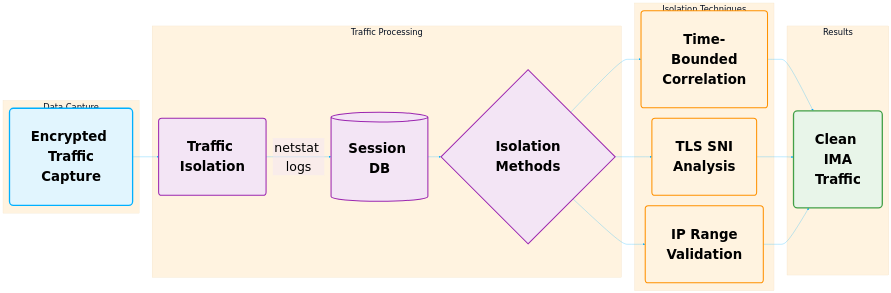
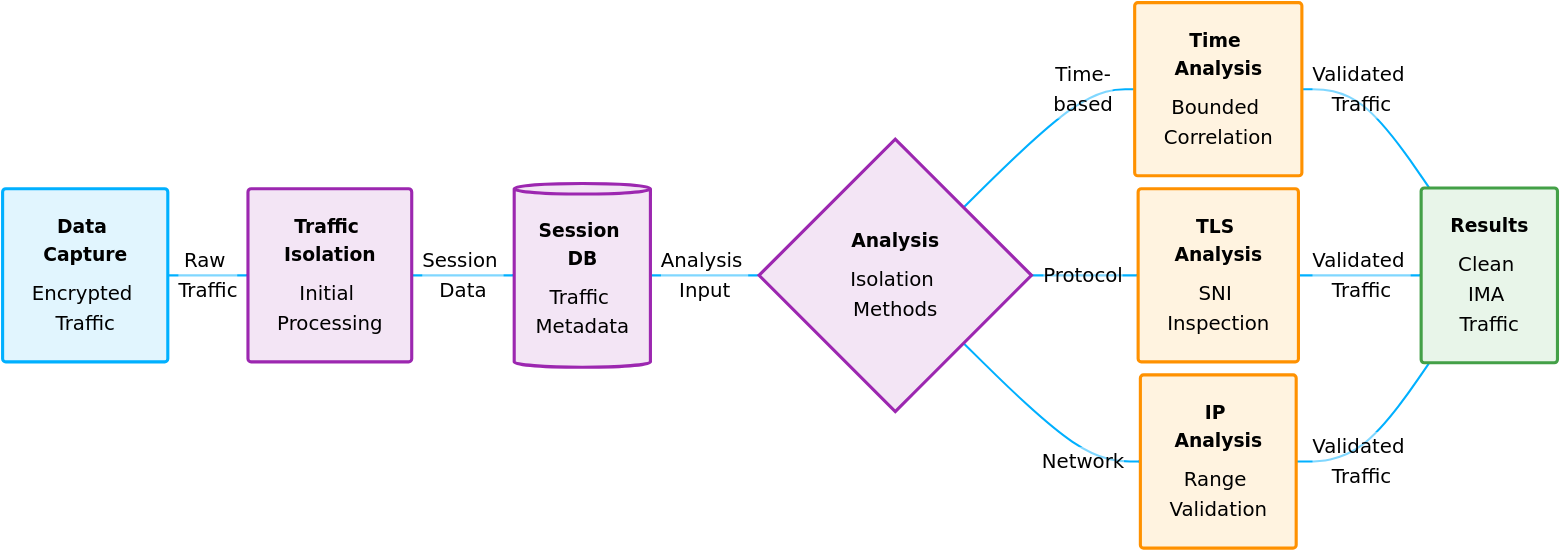
The second of 3 diagrams in presentations/nim-presentation.md (cenab/nim-presentation), drawn with Mermaid before and after one commit. The commit also changed other lines of this file, not shown here.

Commit message:
graph changes

````diff
--- a/presentations/nim-presentation.md
+++ b/presentations/nim-presentation.md
@@ -406,73 +406,69 @@
 ```mermaid
 %%{init: {
   'theme': 'base',
   'themeVariables': {
     'primaryColor': '#e1f5fe',
     'primaryTextColor': '#000',
     'primaryBorderColor': '#00b0ff',
     'lineColor': '#00b0ff',
     'secondaryColor': '#f3e5f5',
     'tertiaryColor': '#fff3e0',
-    'fontSize': '32px',
-    'messageFontSize': '32px',
+    'fontSize': '40px',
+    'messageFontSize': '40px',
     'messageFont': 'arial',
-    'nodeFontSize': '32px'
+    'nodeFontSize': '40px',
+    'edgeLabelBackground': '#ffffff',
+    'lineWidth': '20px'
   },
   'flowchart': {
-    'nodeSpacing': 40,
-    'rankSpacing': 50,
-    'padding': 10,
+    'nodeSpacing': 50,
+    'rankSpacing': 80,
+    'padding': 20,
     'width': 1600,
     'height': 500,
-    'diagramPadding': 0,
+    'diagramPadding': 10,
     'htmlLabels': true,
     'curve': 'basis'
   }
 }}%%
 graph LR
-    subgraph Capture["Data Capture"]
-        A["<div style='font-size: 1.6em; padding: 1.2em;'>Encrypted Traffic<br>Capture</div>"]
-    end
+    %% Data Capture Stage
+    A["<div style='padding: 1.8em; min-width: 250px;'><h3 style='margin:0; color: #0277bd; font-size: 1.8em;'>Data Capture</h3><div style='font-size: 1.9em; margin-top: 0.5em;'>Encrypted Traffic</div></div>"]
 
-    subgraph Processing["Traffic Processing"]
-        B["<div style='font-size: 1.6em; padding: 1.2em;'>Traffic Isolation</div>"]
-        DB[("<div style='font-size: 1.6em; padding: 1.2em;'>Session DB</div>")]
-        Methods{"<div style='font-size: 1.6em; padding: 1.2em;'>Isolation<br>Methods</div>"}
-    end
+    %% Processing Stage
+    B["<div style='padding: 1.8em; min-width: 250px;'><h3 style='margin:0; color: #7b1fa2; font-size: 1.8em;'>Traffic Isolation</h3><div style='font-size: 1.9em; margin-top: 0.5em;'>Initial Processing</div></div>"]
+    DB[("<div style='padding: 1.8em;'><h3 style='margin:0; color: #7b1fa2; font-size: 1.8em;'>Session DB</h3><div style='font-size: 1.9em; margin-top: 0.5em;'>Traffic Metadata</div></div>")]
+    Methods{"<div style='padding: 1.8em;'><h3 style='margin:0; color: #7b1fa2; font-size: 1.8em;'>Analysis</h3><div style='font-size: 1.9em; margin-top: 0.5em;'>Isolation Methods</div></div>"}
 
-    subgraph Techniques["Isolation Techniques"]
-        B1["<div style='font-size: 1.6em; padding: 1.2em;'>Time-Bounded<br>Correlation</div>"]
-        B2["<div style='font-size: 1.6em; padding: 1.2em;'>TLS SNI<br>Analysis</div>"]
-        B3["<div style='font-size: 1.6em; padding: 1.2em;'>IP Range<br>Validation</div>"]
-    end
+    %% Isolation Techniques
+    B1["<div style='padding: 1.8em;'><h3 style='margin:0; color: #ef6c00; font-size: 1.8em;'>Time Analysis</h3><div style='font-size: 1.9em; margin-top: 0.5em;'>Bounded Correlation</div></div>"]
+    B2["<div style='padding: 1.8em;'><h3 style='margin:0; color: #ef6c00; font-size: 1.8em;'>TLS Analysis</h3><div style='font-size: 1.9em; margin-top: 0.5em;'>SNI Inspection</div></div>"]
+    B3["<div style='padding: 1.8em;'><h3 style='margin:0; color: #ef6c00; font-size: 1.8em;'>IP Analysis</h3><div style='font-size: 1.9em; margin-top: 0.5em;'>Range Validation</div></div>"]
 
-    subgraph Output["Results"]
-        C["<div style='font-size: 1.6em; padding: 1.2em;'>Clean IMA<br>Traffic</div>"]
-    end
+    %% Output Stage
+    C["<div style='padding: 1.8em; min-width: 250px;'><h3 style='margin:0; color: #2e7d32; font-size: 1.8em;'>Results</h3><div style='font-size: 1.9em; margin-top: 0.5em;'>Clean IMA Traffic</div></div>"]
 
-    A --> B
-    B --> |"<div style='font-size: 1.5em;'>netstat logs</div>"| DB
-    DB --> Methods
-    Methods --> B1 & B2 & B3
-    B1 & B2 & B3 --> C
+    %% Connections with descriptive labels
+    A --> |"<div style='font-size: 1.9em;'>Raw Traffic</div>"| B
+    B --> |"<div style='font-size: 1.9em;'>Session Data</div>"| DB
+    DB --> |"<div style='font-size: 1.9em;'>Analysis Input</div>"| Methods
+    Methods --> |"<div style='font-size: 1.9em;'>Time-based</div>"| B1
+    Methods --> |"<div style='font-size: 1.9em;'>Protocol</div>"| B2
+    Methods --> |"<div style='font-size: 1.9em;'>Network</div>"| B3
+    B1 & B2 & B3 --> |"<div style='font-size: 1.9em;'>Validated Traffic</div>"| C
 
-    classDef capture fill:#e1f5fe,stroke:#00b0ff,stroke-width:5px,rx:15,ry:15
-    classDef processing fill:#f3e5f5,stroke:#9c27b0,stroke-width:4px,rx:12,ry:12
-    classDef techniques fill:#fff3e0,stroke:#ff9100,stroke-width:4px,rx:12,ry:12
-    classDef output fill:#e8f5e9,stroke:#43a047,stroke-width:5px,rx:15,ry:15
+    %% Styling definitions with thicker borders
+    classDef capture fill:#e1f5fe,stroke:#00b0ff,stroke-width:12px,rx:12,ry:12
+    classDef processing fill:#f3e5f5,stroke:#9c27b0,stroke-width:12px,rx:12,ry:12
+    classDef techniques fill:#fff3e0,stroke:#ff9100,stroke-width:12px,rx:12,ry:12
+    classDef output fill:#e8f5e9,stroke:#43a047,stroke-width:12px,rx:12,ry:12
 
+    %% Apply styles to nodes
     class A capture
     class B,DB,Methods processing
     class B1,B2,B3 techniques
     class C output
 
-    %% Add styling for better text visibility
-    style A font-weight:bold,font-size:32px
-    style B font-weight:bold,font-size:32px
-    style DB font-weight:bold,font-size:32px
-    style Methods font-weight:bold,font-size:32px
-    style B1 font-weight:bold,font-size:32px
-    style B2 font-weight:bold,font-size:32px
-    style B3 font-weight:bold,font-size:32px
-    style C font-weight:bold,font-size:32px
+    %% Link styling
+    linkStyle default stroke-width:8px
 ```
````
